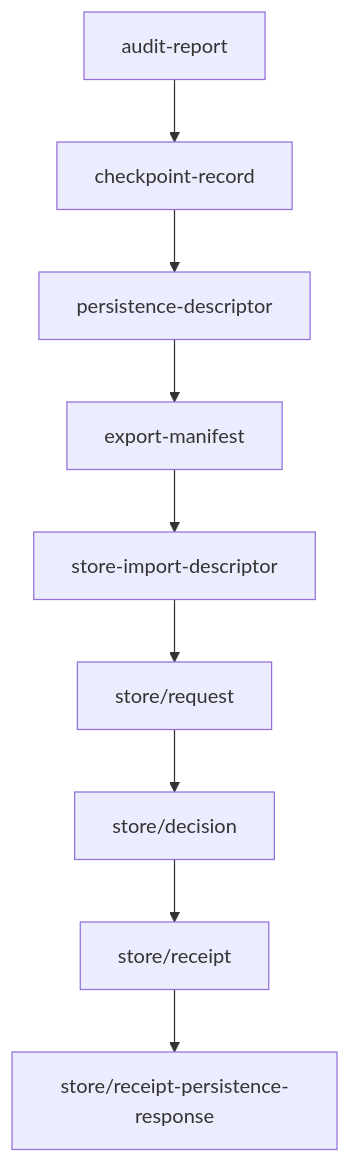
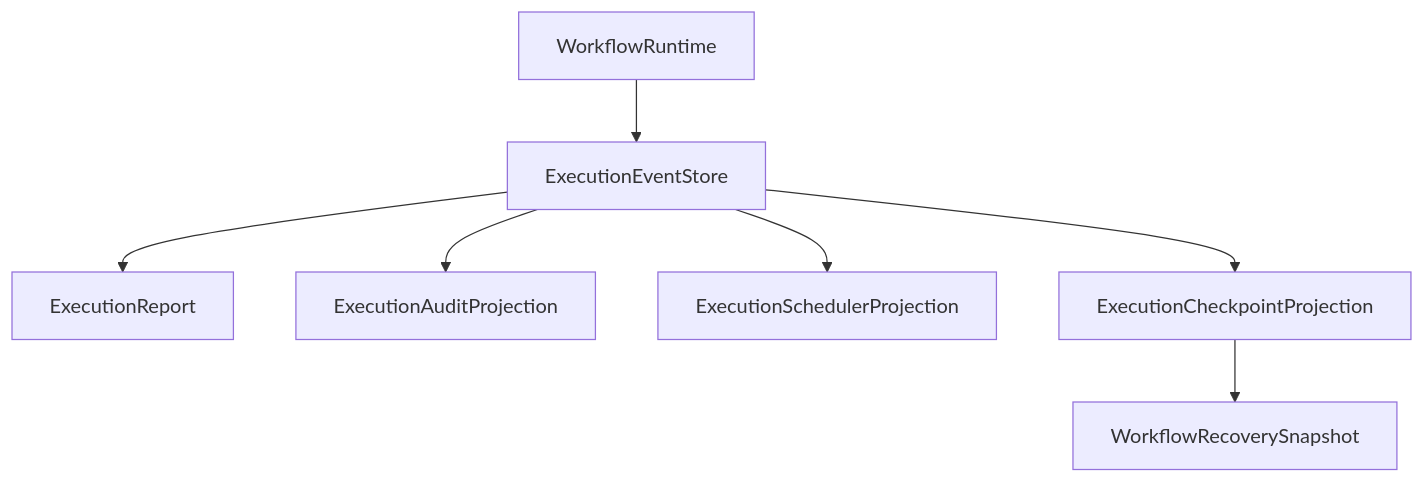
Before and after one commit to Zzzode/AHFL: the diagram in docs/reference/user-guide-assurance.zh.md, drawn with Mermaid. The commit also changed other lines of this file and 26 other files, not shown here.

````diff
--- a/docs/reference/user-guide-assurance.zh.md
+++ b/docs/reference/user-guide-assurance.zh.md
@@ -138,11 +138,9 @@
 ```mermaid
 flowchart TB
-    Audit[audit-report] --> Checkpoint[checkpoint-record]
-    Checkpoint --> Persistence[persistence-descriptor]
-    Persistence --> Export[export-manifest]
-    Export --> StoreDescriptor[store-import-descriptor]
-    StoreDescriptor --> StoreRequest[store/request]
-    StoreRequest --> Decision[store/decision]
-    Decision --> Receipt[store/receipt]
-    Receipt --> ReceiptPersistence[store/receipt-persistence-response]
+    Runtime[WorkflowRuntime] --> Events[ExecutionEventStore]
+    Events --> Report[ExecutionReport]
+    Events --> Audit[ExecutionAuditProjection]
+    Events --> Scheduler[ExecutionSchedulerProjection]
+    Events --> Checkpoint[ExecutionCheckpointProjection]
+    Checkpoint --> Recovery[WorkflowRecoverySnapshot]
 ```
````
